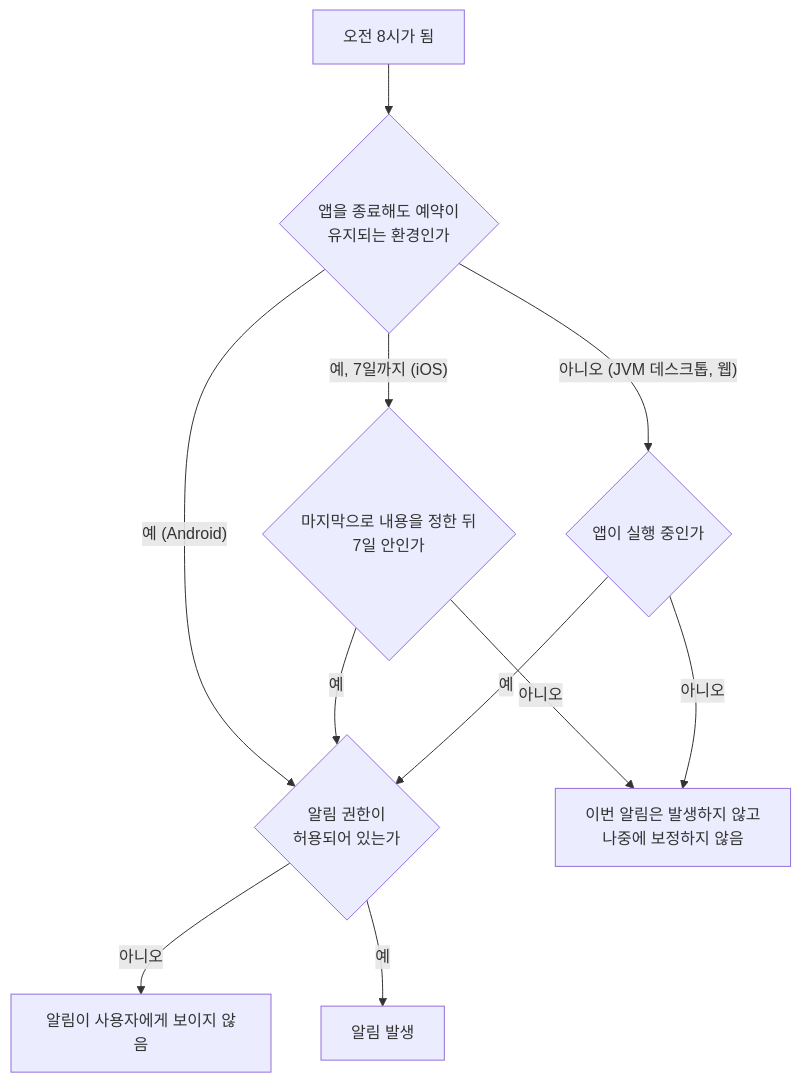
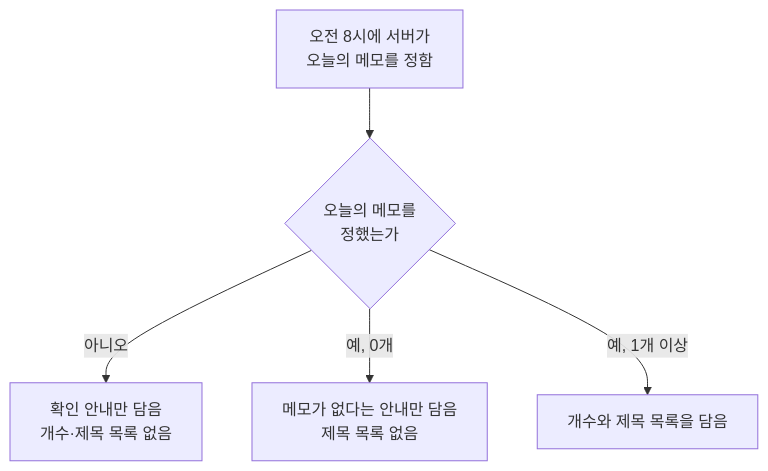
Before and after one commit to taetae98coding/DiaryKMP: the second of 2 diagrams in docs/spec/daily-memo-notification.md, drawn with Mermaid. The commit also changed other lines of this file and 5 other files, not shown here.

````diff
--- a/docs/spec/daily-memo-notification.md
+++ b/docs/spec/daily-memo-notification.md
@@ -111,13 +111,7 @@
 ```mermaid
 flowchart TD
-    Start["오전 8시가 됨"] --> Keep{"앱을 종료해도 예약이<br/>유지되는 환경인가"}
-    Keep -- "예 (Android)" --> Permission
-    Keep -- "예, 7일까지 (iOS)" --> Within{"마지막으로 내용을 정한 뒤<br/>7일 안인가"}
-    Within -- 아니오 --> Skip
-    Within -- 예 --> Permission
-    Keep -- "아니오 (JVM 데스크톱, 웹)" --> Running{"앱이 실행 중인가"}
-    Running -- 아니오 --> Skip["이번 알림은 발생하지 않고<br/>나중에 보정하지 않음"]
-    Running -- 예 --> Permission{"알림 권한이<br/>허용되어 있는가"}
-    Permission -- 아니오 --> Hidden["알림이 사용자에게 보이지 않음"]
-    Permission -- 예 --> Notify["알림 발생"]
+    Start["오전 8시에 서버가<br/>오늘의 메모를 정함"] --> Fetch{"오늘의 메모를<br/>정했는가"}
+    Fetch -- 아니오 --> Unknown["확인 안내만 담음<br/>개수·제목 목록 없음"]
+    Fetch -- "예, 0개" --> Empty["메모가 없다는 안내만 담음<br/>제목 목록 없음"]
+    Fetch -- "예, 1개 이상" --> Listed["개수와 제목 목록을 담음"]
 ```
````
